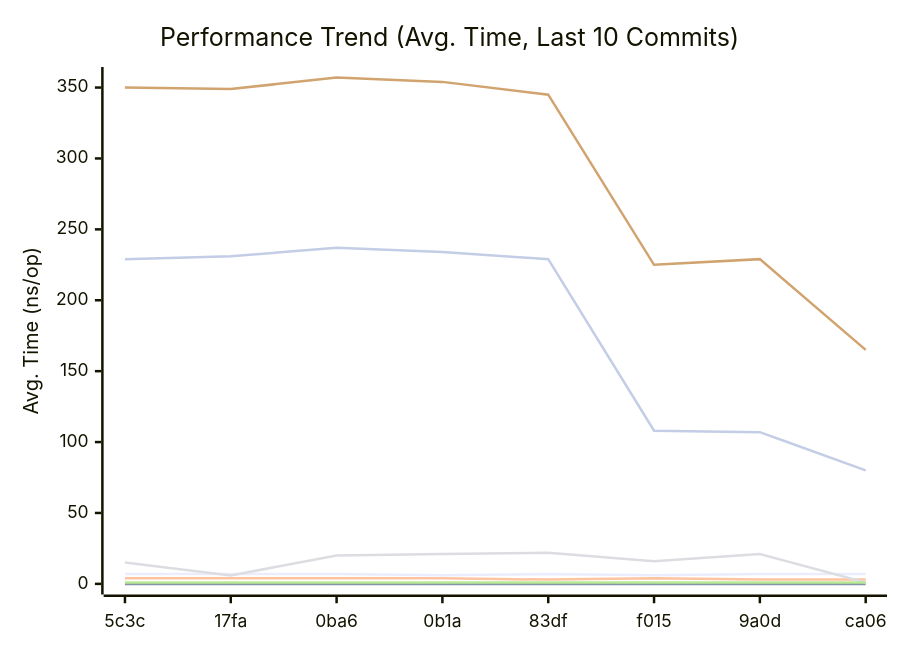
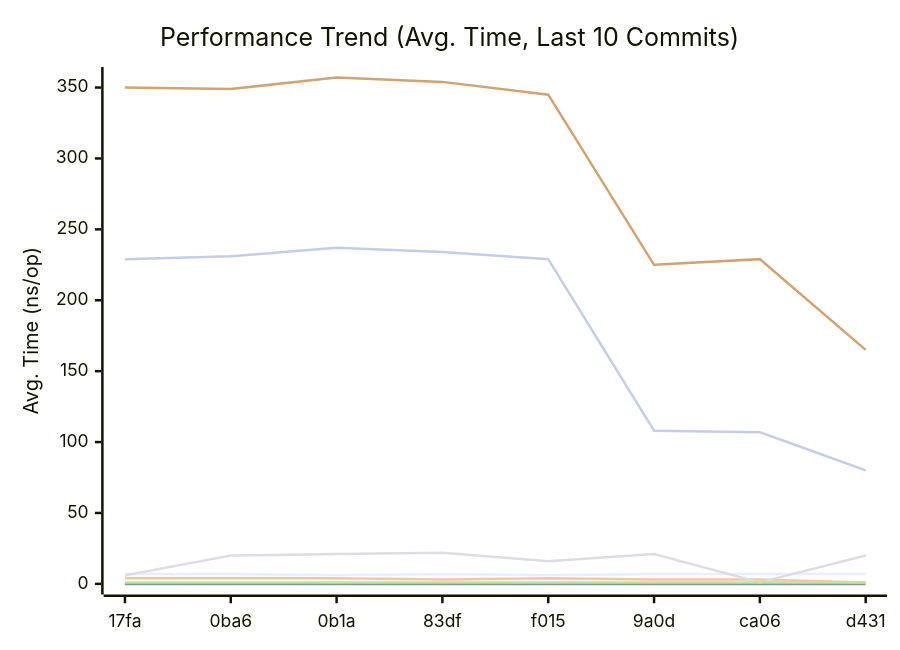
One commit to alsotoes/momo changed the first of 3 diagrams in docs/README.md. Above: the diagram before and after it, drawn with Mermaid. The commit also changed other lines of this file and 1 other file, not shown here.

````diff
--- a/docs/README.md
+++ b/docs/README.md
@@ -188,14 +188,14 @@
 ```mermaid
 xychart-beta
     title "Performance Trend (Avg. Time, Last 10 Commits)"
     x-axis "Commit"
     y-axis "Avg. Time (ns/op)"
-    x-axis [5c3c,17fa,0ba6,0b1a,83df,f015,9a0d,ca06]
-    line "CheckMetricsAndSwap" [7,7,7,6,7,6,7,7,7,5]
+    x-axis [17fa,0ba6,0b1a,83df,f015,9a0d,ca06,d431]
+    line "CheckMetricsAndSwap" [7,7,6,7,6,7,7,7,5,5]
     line "IndexDirectTracking" [0,0,0,0,0,0,0,0,0,0]
-    line "IndexSearch" [4,4,4,4,3,4,3,3,1,1]
-    line "LoadGlobalConfig" [15,6,20,21,22,16,21,1,20,22]
+    line "IndexSearch" [4,4,4,3,4,3,3,1,1,1]
+    line "LoadGlobalConfig" [6,20,21,22,16,21,1,20,22,1]
     line "PadString" [1,1,1,1,1,1,1,1,1,1]
     line "ParseReplicationOrder_NoPrealloc" [350,349,357,354,345,225,229,165,232,234]
     line "ParseReplicationOrder_Prealloc" [229,231,237,234,229,108,107,80,110,109]
 ```
````
